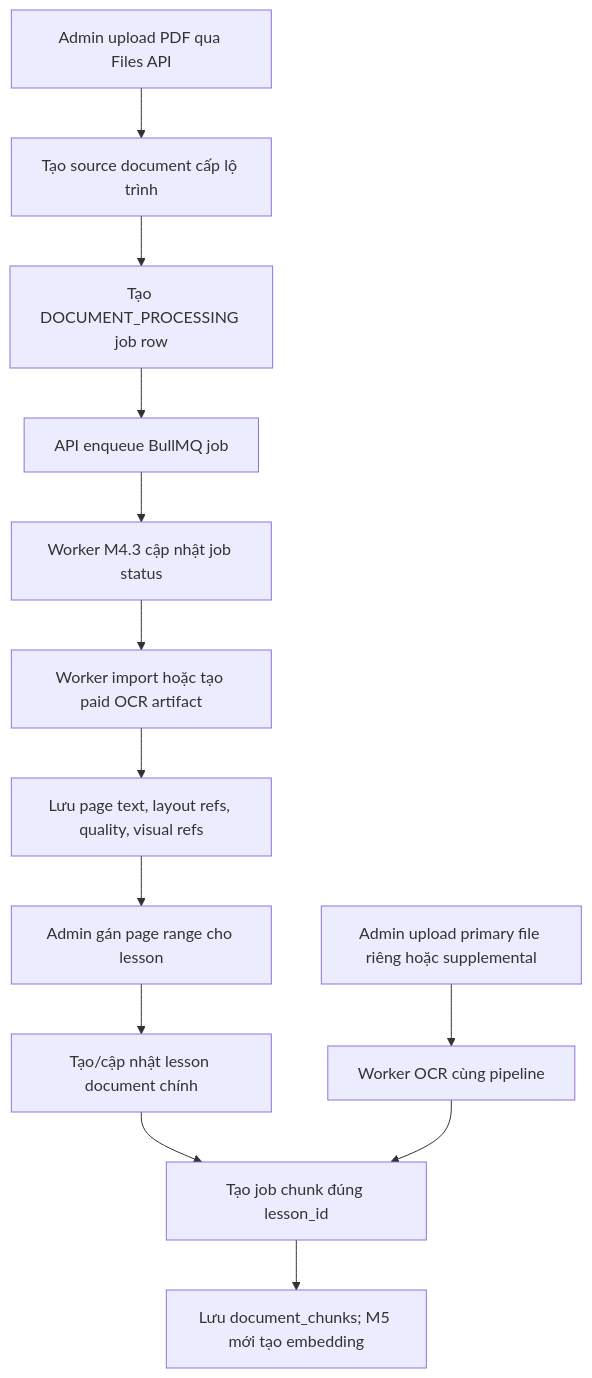
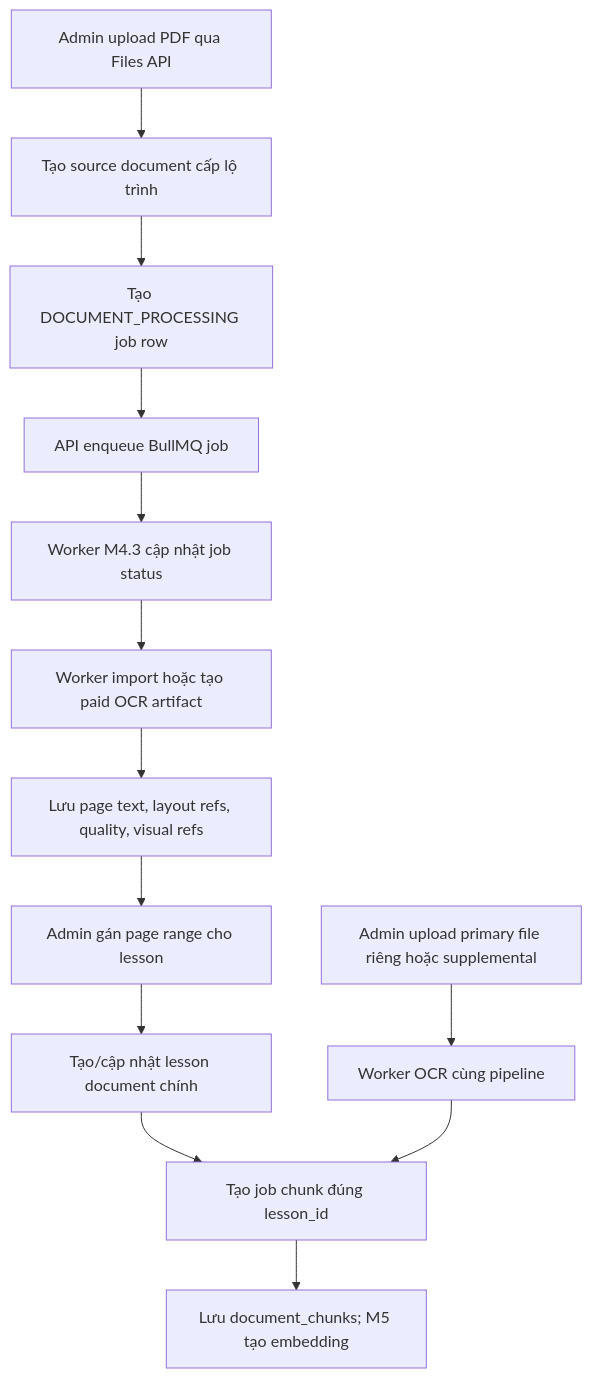
Before and after one commit to DamAnhTuanTB/ClassHero: the diagram in docs/learning-notes/features/lesson-document-processing.md, drawn with Mermaid. The commit also changed other lines of this file and 37 other files, not shown here.

````diff
--- a/docs/learning-notes/features/lesson-document-processing.md
+++ b/docs/learning-notes/features/lesson-document-processing.md
@@ -13,15 +13,15 @@
 ```mermaid
 flowchart TD
   A[Admin upload PDF qua Files API] --> B[Tạo source document cấp lộ trình]
   B --> C[Tạo DOCUMENT_PROCESSING job row]
   C --> D[API enqueue BullMQ job]
   D --> E[Worker M4.3 cập nhật job status]
   E --> F[Worker import hoặc tạo paid OCR artifact]
   F --> G[Lưu page text, layout refs, quality, visual refs]
   G --> H[Admin gán page range cho lesson]
   H --> I[Tạo/cập nhật lesson document chính]
   I --> J[Tạo job chunk đúng lesson_id]
   K[Admin upload primary file riêng hoặc supplemental] --> L[Worker OCR cùng pipeline]
   L --> J
-  J --> M[Lưu document_chunks; M5 mới tạo embedding]
+  J --> M[Lưu document_chunks; M5 tạo embedding]
 ```
````
